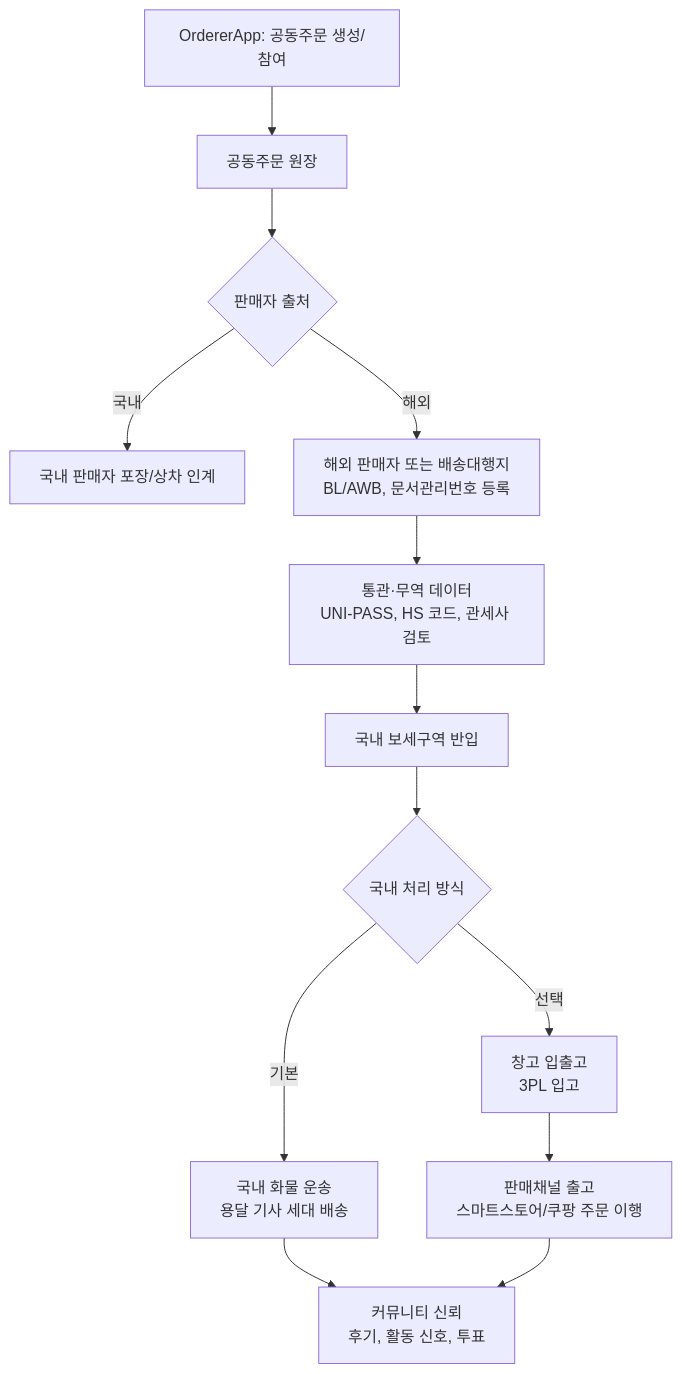
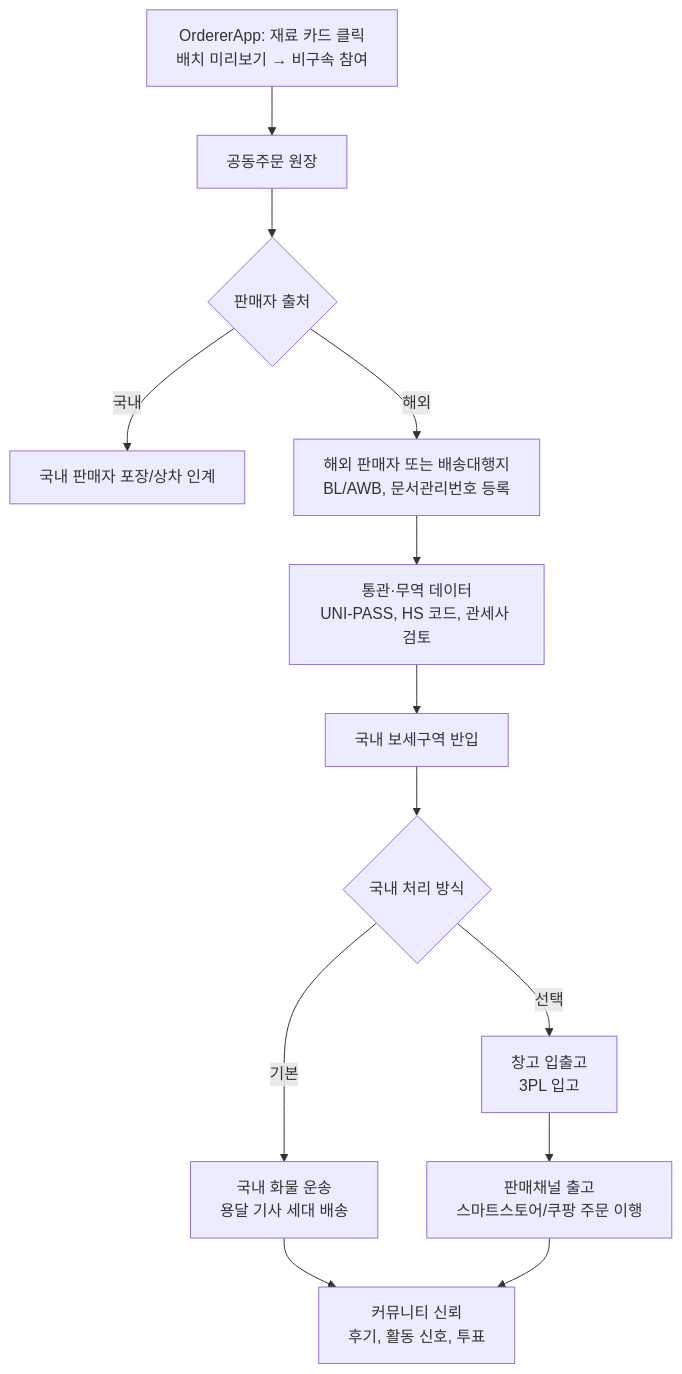
The eighth of 9 diagrams in docs/ProjectOverview/workflow-app-screen-map.md (cheolwo/hongdal), drawn with Mermaid before and after one commit. The commit also changed other lines of this file and 114 other files, not shown here.

````diff
--- a/docs/ProjectOverview/workflow-app-screen-map.md
+++ b/docs/ProjectOverview/workflow-app-screen-map.md
@@ -265,15 +266,15 @@
 ```mermaid
 flowchart TD
-    A["OrdererApp: 공동주문 생성/참여"] --> B["공동주문 원장"]
+    A["OrdererApp: 재료 카드 클릭<br/>배치 미리보기 → 비구속 참여"] --> B["공동주문 원장"]
     B --> C{"판매자 출처"}
     C -->|국내| D["국내 판매자 포장/상차 인계"]
     C -->|해외| E["해외 판매자 또는 배송대행지<br/>BL/AWB, 문서관리번호 등록"]
     E --> F["통관·무역 데이터<br/>UNI-PASS, HS 코드, 관세사 검토"]
     F --> G["국내 보세구역 반입"]
     G --> H{"국내 처리 방식"}
     H -->|기본| I["국내 화물 운송<br/>용달 기사 세대 배송"]
     H -->|선택| J["창고 입출고<br/>3PL 입고"]
     J --> K["판매채널 출고<br/>스마트스토어/쿠팡 주문 이행"]
     I --> L["커뮤니티 신뢰<br/>후기, 활동 신호, 투표"]
     K --> L
 ```
````
